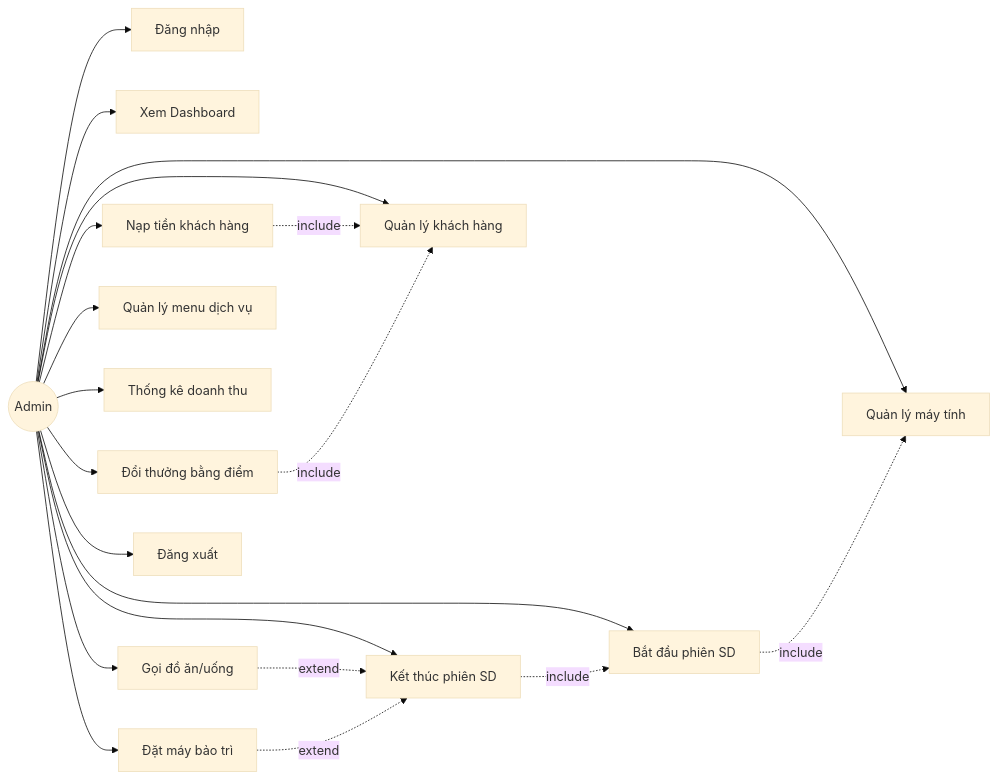
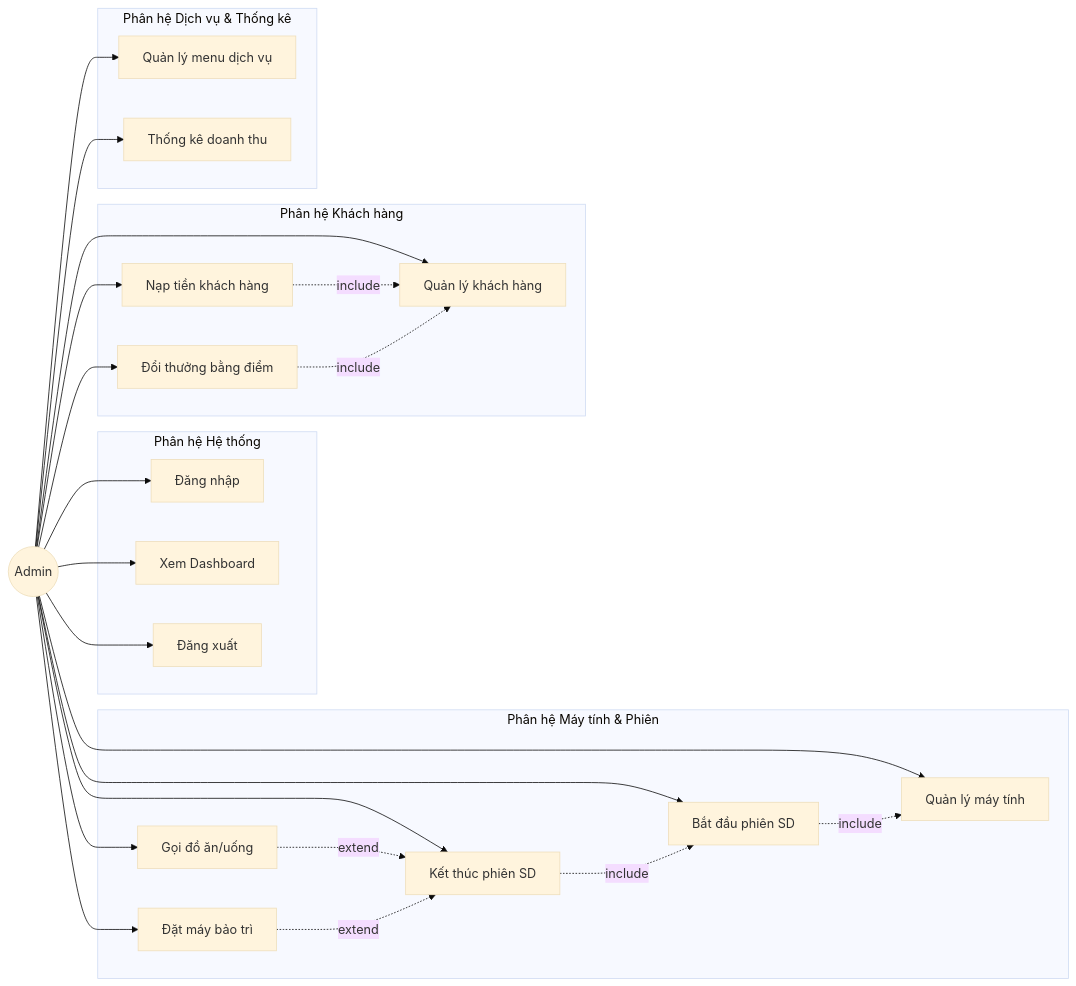
Before and after one commit to phhuyen1109/BTL: the first of 4 diagrams in PhanTich_ThietKe.md, drawn with Mermaid (base theme). The commit also changed other lines of this file and 1 other file, not shown here.

````diff
--- a/PhanTich_ThietKe.md
+++ b/PhanTich_ThietKe.md
@@ -72,25 +75,50 @@
 ```mermaid
 graph LR
     Admin((Admin))
     
-    Admin --> UC01[Đăng nhập]
-    Admin --> UC02[Xem Dashboard]
-    Admin --> UC03[Quản lý máy tính]
-    Admin --> UC04[Bắt đầu phiên SD]
-    Admin --> UC05[Kết thúc phiên SD]
-    Admin --> UC06[Gọi đồ ăn/uống]
-    Admin --> UC07[Quản lý khách hàng]
-    Admin --> UC08[Nạp tiền khách hàng]
-    Admin --> UC09[Đổi thưởng bằng điểm]
-    Admin --> UC10[Quản lý menu dịch vụ]
-    Admin --> UC11[Thống kê doanh thu]
-    Admin --> UC12[Đặt máy bảo trì]
-    Admin --> UC13[Đăng xuất]
+    subgraph Phân hệ Hệ thống
+        UC01[Đăng nhập]
+        UC02[Xem Dashboard]
+        UC13[Đăng xuất]
+    end
+    
+    subgraph Phân hệ Máy tính & Phiên
+        UC03[Quản lý máy tính]
+        UC04[Bắt đầu phiên SD]
+        UC05[Kết thúc phiên SD]
+        UC06[Gọi đồ ăn/uống]
+        UC12[Đặt máy bảo trì]
+    end
+    
+    subgraph Phân hệ Khách hàng
+        UC07[Quản lý khách hàng]
+        UC08[Nạp tiền khách hàng]
+        UC09[Đổi thưởng bằng điểm]
+    end
+    
+    subgraph Phân hệ Dịch vụ & Thống kê
+        UC10[Quản lý menu dịch vụ]
+        UC11[Thống kê doanh thu]
+    end
+    
+    Admin --> UC01
+    Admin --> UC02
+    Admin --> UC03
+    Admin --> UC04
+    Admin --> UC05
+    Admin --> UC06
+    Admin --> UC07
+    Admin --> UC08
+    Admin --> UC09
+    Admin --> UC10
+    Admin --> UC11
+    Admin --> UC12
+    Admin --> UC13
     
     UC04 -.->|include| UC03
     UC05 -.->|include| UC04
     UC06 -.->|extend| UC05
     UC08 -.->|include| UC07
     UC09 -.->|include| UC07
     UC12 -.->|extend| UC05
 ```
````
